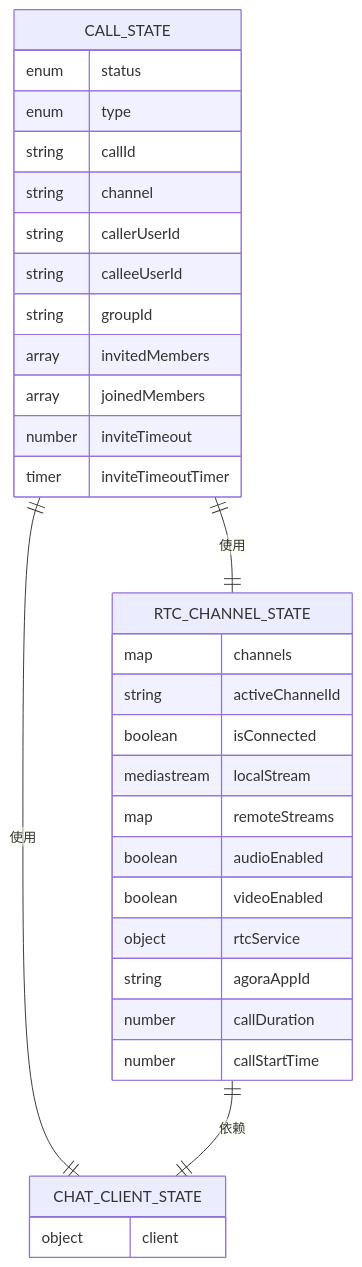
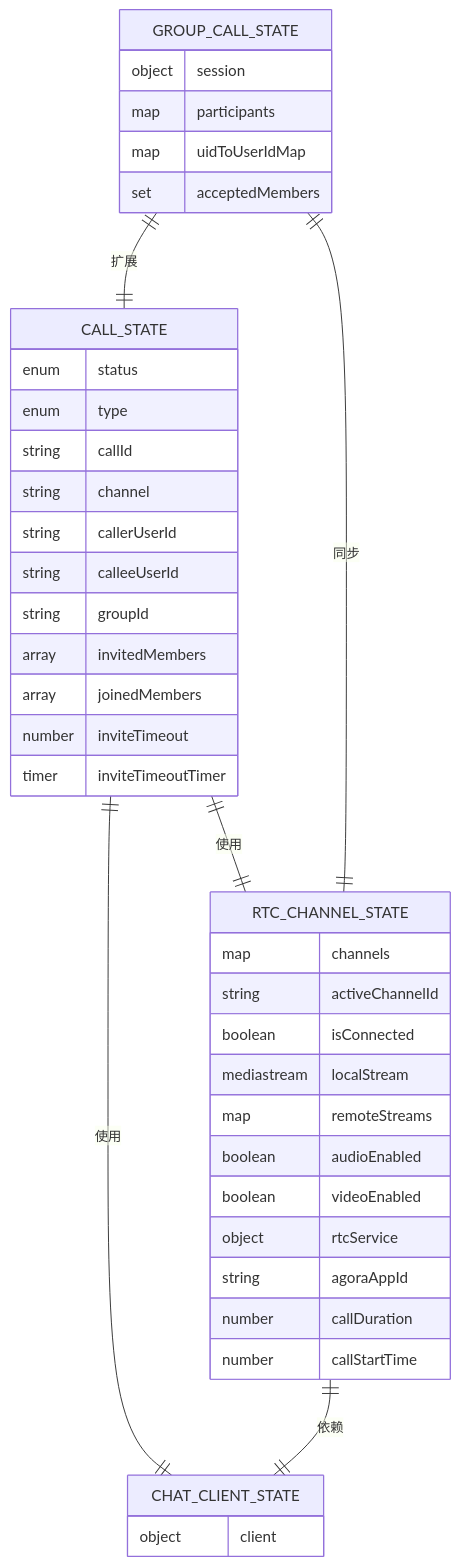
The tenth of 10 diagrams in .qoder/repowiki/zh/content/组合式 API/通话控制 API.md (Easemob-Community/easemob-uikit-callkit-vue3), drawn with Mermaid before and after one commit. The commit also changed other lines of this file and 54 other files, not shown here.

````diff
--- a/.qoder/repowiki/zh/content/组合式 API/通话控制 API.md
+++ b/.qoder/repowiki/zh/content/组合式 API/通话控制 API.md
@@ -510,35 +715,43 @@
 ```mermaid
 erDiagram
 CALL_STATE {
 enum status
 enum type
 string callId
 string channel
 string callerUserId
 string calleeUserId
 string groupId
 array invitedMembers
 array joinedMembers
 number inviteTimeout
 timer inviteTimeoutTimer
+}
+GROUP_CALL_STATE {
+object session
+map participants
+map uidToUserIdMap
+set acceptedMembers
 }
 RTC_CHANNEL_STATE {
 map channels
 string activeChannelId
 boolean isConnected
 mediastream localStream
 map remoteStreams
 boolean audioEnabled
 boolean videoEnabled
 object rtcService
 string agoraAppId
 number callDuration
 number callStartTime
 }
 CHAT_CLIENT_STATE {
 object client
 }
 CALL_STATE ||--|| RTC_CHANNEL_STATE : "使用"
 CALL_STATE ||--|| CHAT_CLIENT_STATE : "使用"
 RTC_CHANNEL_STATE ||--|| CHAT_CLIENT_STATE : "依赖"
+GROUP_CALL_STATE ||--|| CALL_STATE : "扩展"
+GROUP_CALL_STATE ||--|| RTC_CHANNEL_STATE : "同步"
 ```
````
